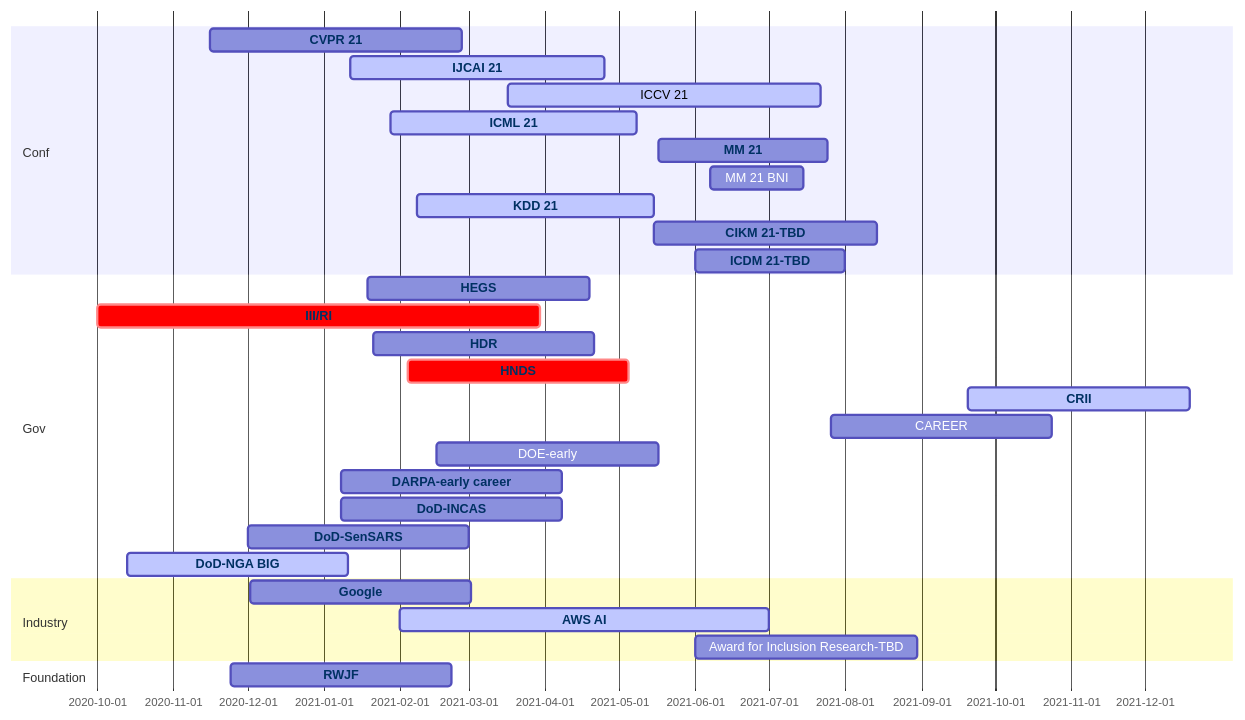
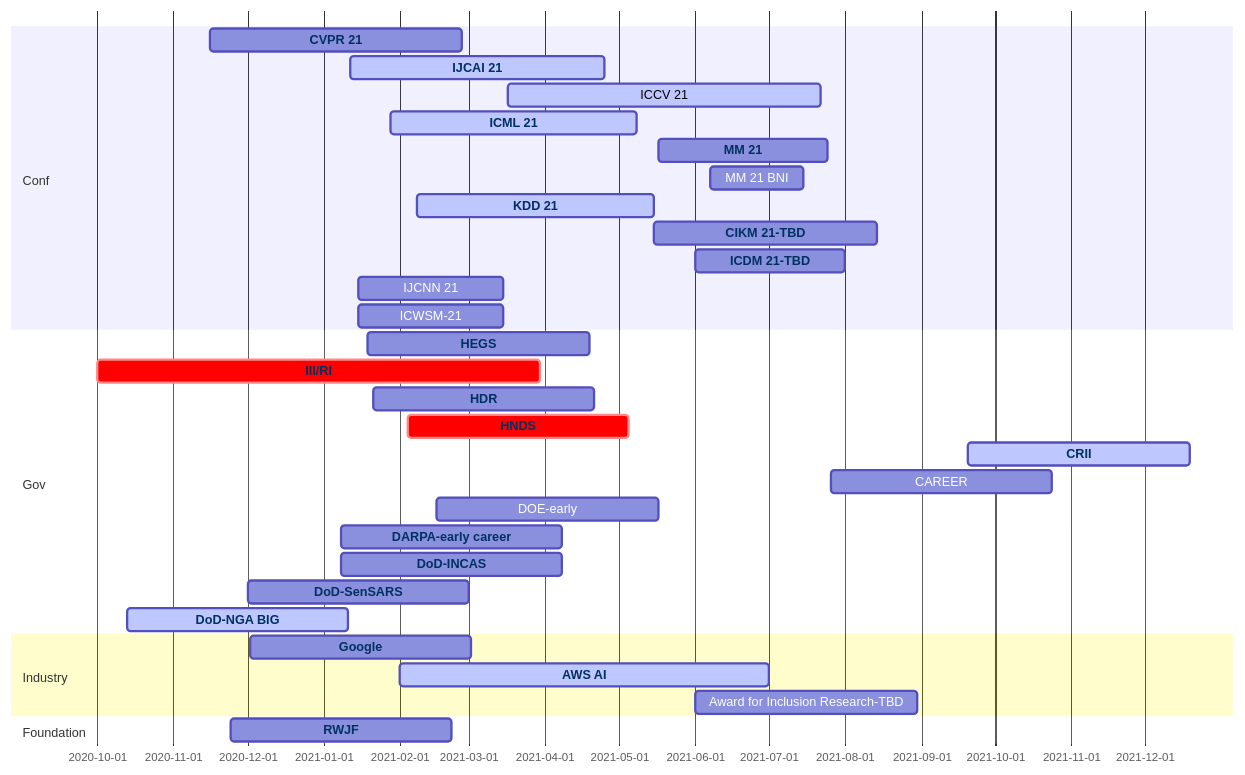
Before and after one commit to aquastar/academic-kickstart: the diagram in content/post/conf/index.md, drawn with Mermaid.

````diff
--- a/content/post/conf/index.md
+++ b/content/post/conf/index.md
@@ -16,56 +16,58 @@
 ```mermaid
 gantt
   dateFormat  MM/DD/YY
   section Conf
     CVPR 21 :cvpr, 11/16/20, 02/26/21
     IJCAI 21 :active, ijcai, 01/12/21, 04/25/21
     ICCV 21 :active, 03/17/21, 07/22/21
     ICML 21:active, icml, 01/28/21, 05/08/21
     MM 21:mm, 05/17/21, 07/25/21
     MM 21 BNI:mmbni, 06/07/21, 07/15/21
     KDD 21:active, kdd, 02/08/21, 05/15/21
     CIKM 21-TBD:cikm, 05/15/21, 08/14/21
     ICDM 21-TBD:icdm, 06/01/21, 08/01/21
+    IJCNN 21:ijcnn, 01/15/21, 03/15/21
+    ICWSM-21:icsws, 01/15/21, 03/15/21
   section Gov
     HEGS: hegs, 01/19/21, 90d
     III/RI:crit, iis, 10/01/20, 180d
     HDR :hdr, 01/21/21, 90d
     HNDS :crit, hnds, 02/04/21, 90d
     CRII :active, crii, 09/20/21, 90d 
     CAREER:career, 07/26/21, 90d
     DOE-early:doe, 02/16/21, 90d 
     DARPA-early career:  darpa, 01/08/21, 90d
     DoD-INCAS:incas, 01/08/21, 90d
     DoD-SenSARS: sensars, 12/01/20, 90d
     DoD-NGA BIG:active, nga, 10/13/20, 90d
   section Industry
     Google:google, 12/02/20, 90d
     AWS AI:active,  aws, 02/01/21, 07/01/21
     Award for Inclusion Research-TBD: air, 06/01/21, 90d
   section Foundation
     RWJF :rwjf, 11/24/20, 90d
 
 
   click nga href "https://beta.sam.gov/opp/3c218648f9f04658840e478a7f1048e1/view?keywords=HM0476-20-BAA-0001&sort=-relevance&index=&is_active=true&page=1"
   click sensars href "https://beta.sam.gov/opp/a84f1af107334afcbf39d885d8f668a3/view"
   click aws href "https://www.amazon.science/research-awards/call-for-proposals/aws-ai"
   click incas href "https://beta.sam.gov/opp/6bbca26d91df4eff96b4edfa2386c35f/view?keywords=incas&sort=-relevance&index=&is_active=true&page=1"
   click darpa href "https://www.darpa.mil/work-with-us/for-universities/young-faculty-award"
   click deo href "https://www.grants.gov/web/grants/search-grants.html"
   click cvpr href "http://cvpr2021.thecvf.com/"
   click iccv href "http://iccv2021.thecvf.com/"
   click icml href "https://icml.cc/Conferences/2021"
   click ijcai href "http://www.ijcai-21.org/"
   click kdd href "http://www.kdd.org/kdd2021"
   click www href "https://www2021.thewebconf.org/"
   click cikm href "https://www.cikm2021.org/"
   click icdm href "http://icdm2021.bigke.org"
   click mm href "https://2020.acmmm.org/index.html"
   click crii href "https://www.nsf.gov/funding/pgm_summ.jsp?pims_id=504952"
   click hdr href "https://www.nsf.gov/funding/pgm_summ.jsp?pims_id=505828&org=NSF&sel_org=CISE&from=fund"
   click hnds href "https://www.nsf.gov/funding/pgm_summ.jsp?pims_id=505702"
   click rwjf href "https://anr.rwjf.org/viewCfp.do?cfpId=1509&cfpOverviewId="
   click iis href "https://www.nsf.gov/funding/pgm_summ.jsp?pims_id=505667&org=NSF"
   click hegs href "https://www.nsf.gov/funding/pgm_summ.jsp?pims_id=505745&org=NSF&sel_org=NSF&from=fund"
   click google href "https://research.google/outreach/research-scholar-program/"
 ```
````
